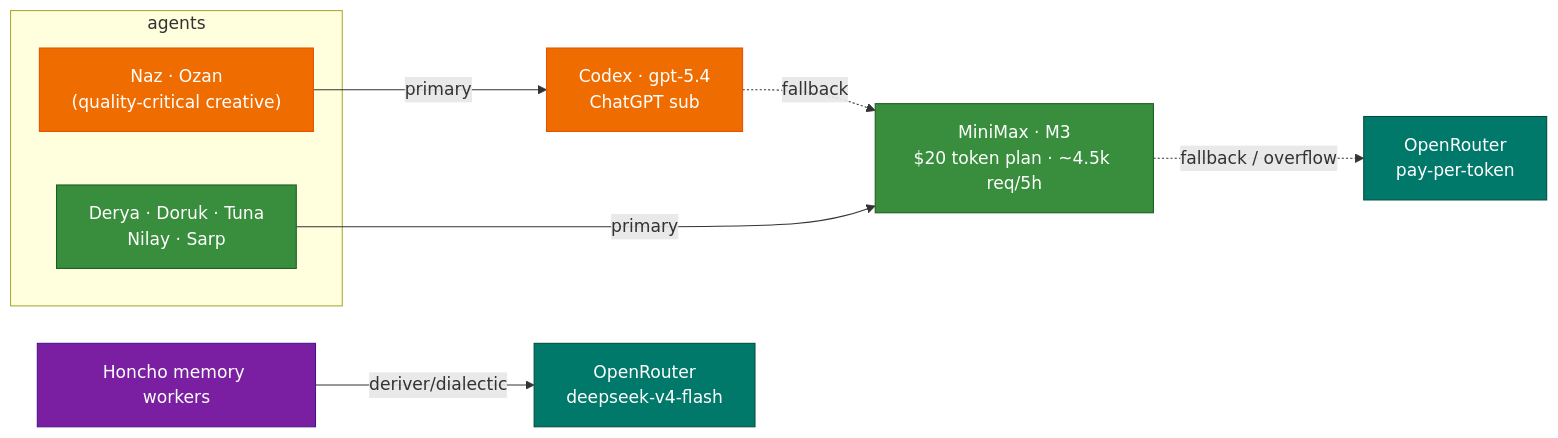
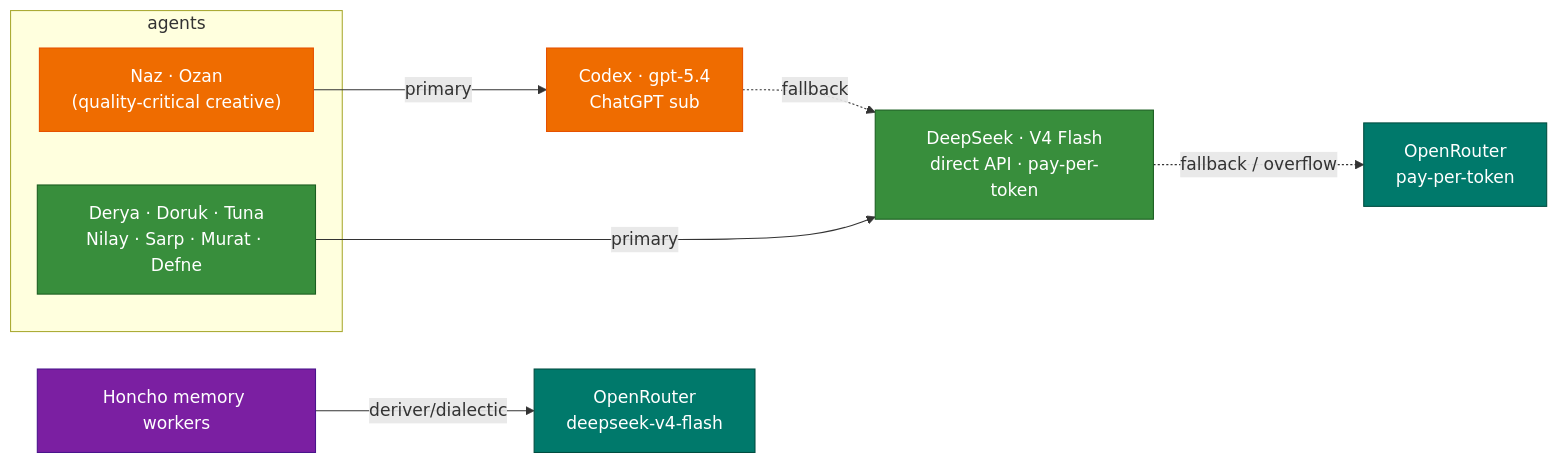
Before and after one commit to mpolatcan/hermes-setup: the third of 5 diagrams in README.md, drawn with Mermaid. The commit also changed other lines of this file and 12 other files, not shown here.

First line of the commit message:
docs: sync to live system — DeepSeek primary, no extract backend, 4GB VM

````diff
--- a/README.md
+++ b/README.md
@@ -174,16 +174,16 @@
 ```mermaid
 flowchart LR
     subgraph agents["agents"]
         cx["Naz · Ozan<br/>(quality-critical creative)"]:::codex
-        mm["Derya · Doruk · Tuna<br/>Nilay · Sarp"]:::mini
+        mm["Derya · Doruk · Tuna<br/>Nilay · Sarp · Murat · Defne"]:::mini
     end
     cx -->|primary| Codex["Codex · gpt-5.4<br/>ChatGPT sub"]:::codex
-    mm -->|primary| MiniMax["MiniMax · M3<br/>$20 token plan · ~4.5k req/5h"]:::mini
-    Codex -. fallback .-> MiniMax
-    MiniMax -. fallback / overflow .-> OR["OpenRouter<br/>pay-per-token"]:::ext
+    mm -->|primary| DeepSeek["DeepSeek · V4 Flash<br/>direct API · pay-per-token"]:::mini
+    Codex -. fallback .-> DeepSeek
+    DeepSeek -. fallback / overflow .-> OR["OpenRouter<br/>pay-per-token"]:::ext
     Honcho["Honcho memory workers"]:::infra -->|deriver/dialectic| ORd["OpenRouter<br/>deepseek-v4-flash"]:::ext
     classDef codex fill:#EF6C00,stroke:#E65100,color:#fff
     classDef mini fill:#388E3C,stroke:#1B5E20,color:#fff
     classDef ext fill:#00796B,stroke:#004D40,color:#fff
     classDef infra fill:#7B1FA2,stroke:#4A148C,color:#fff
 ```
````
